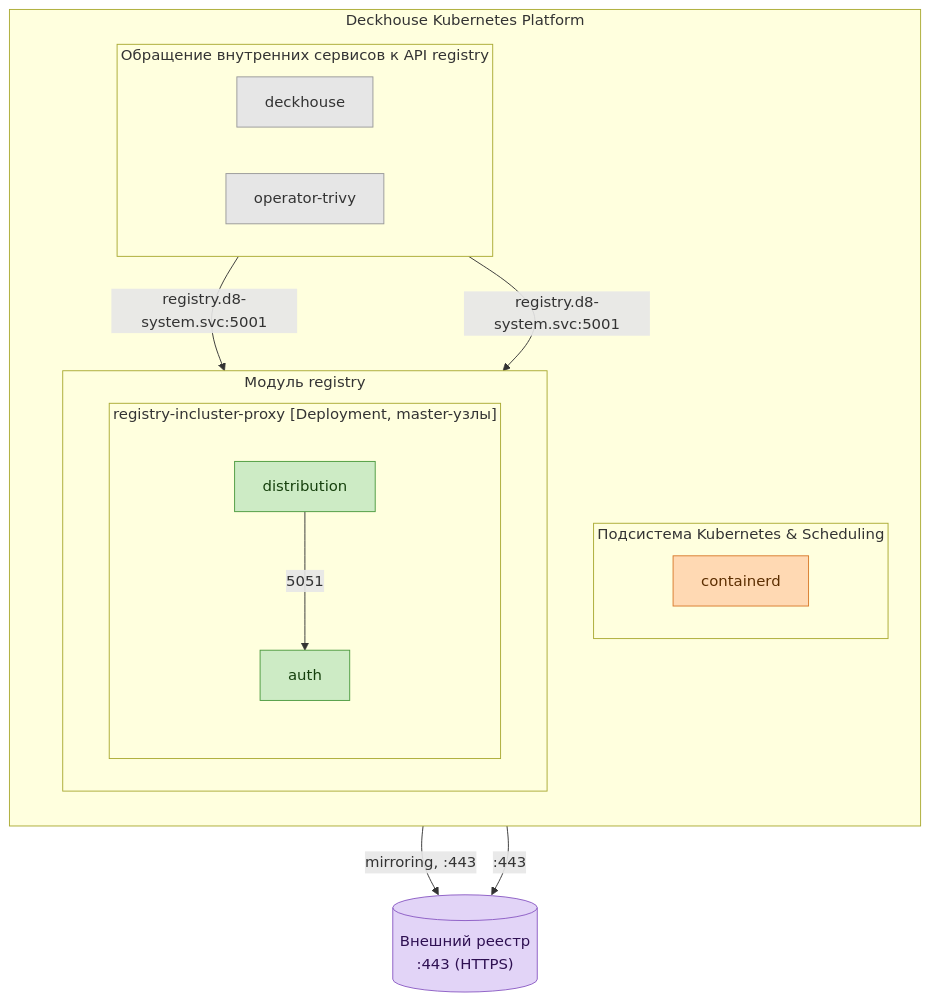
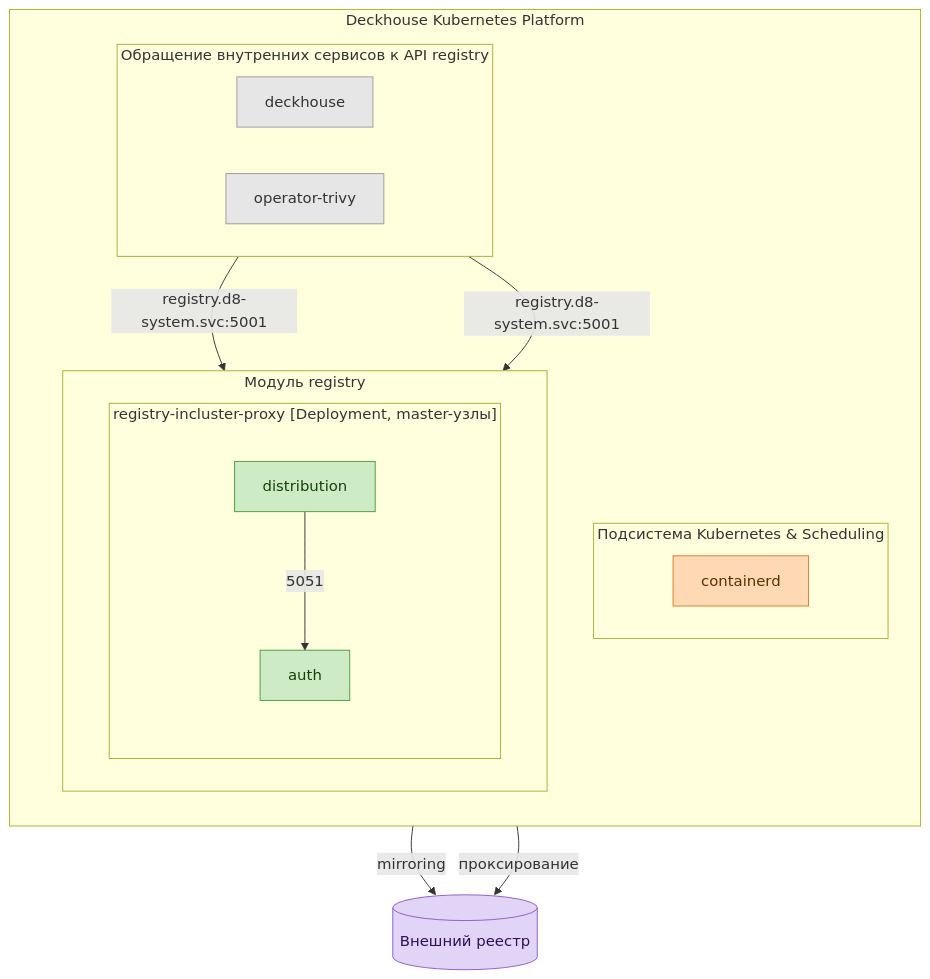
One commit to deckhouse/deckhouse changed the eighth of 11 diagrams in modules/038-registry/docs/internal/ARCHITECTURE.md. Above: the diagram before and after it, drawn with Mermaid. The commit also changed other lines of this file, not shown here.

````diff
--- a/modules/038-registry/docs/internal/ARCHITECTURE.md
+++ b/modules/038-registry/docs/internal/ARCHITECTURE.md
@@ -377,48 +377,48 @@
 ```mermaid
 flowchart TB
-  ImageRegistry[("Внешний реестр<br/>:443 (HTTPS)")]
+  ImageRegistry[("Внешний реестр")]
 
   subgraph DKP["Deckhouse Kubernetes Platform"]
     direction TB
 
     subgraph K8S["Подсистема Kubernetes & Scheduling"]
       direction LR
       Containerd["containerd"]
     end
 
     subgraph InternalRegistryClients["Обращение внутренних сервисов к API registry"]
       direction LR
       Deckhouse["deckhouse"]
       OperatorTrivy["operator-trivy"]
     end
 
     subgraph RegistryModule["Модуль registry"]
       direction LR
 
       subgraph RegistryInclusterProxyDeploy["registry-incluster-proxy [Deployment, master-узлы]"]
         direction TB
         Distribution["distribution"]
         Auth["auth"]
       end
     end
   end
 
-  Containerd -->|"mirroring, :443"| ImageRegistry
+  Containerd -->|"mirroring"| ImageRegistry
 
   Deckhouse -->|"registry.d8-system.svc:5001"| Distribution
 
   OperatorTrivy -->|"registry.d8-system.svc:5001"| Distribution
 
   Distribution -->|"5051"| Auth
 
-  Distribution -->|":443"| ImageRegistry
+  Distribution -->|"проксирование"| ImageRegistry
 
   classDef work fill:#cdebc5,stroke:#4c9a3f,color:#16400d;
   classDef cri fill:#ffd9b3,stroke:#d97a2b,color:#5c2e00;
   classDef ext fill:#e2d4f7,stroke:#8b5cc4,color:#2e1052;
   classDef client fill:#e6e6e6,stroke:#999,color:#333;
   class Distribution,Auth work;
   class Containerd cri;
   class Deckhouse,OperatorTrivy client;
   class ImageRegistry ext;
 ```
````
